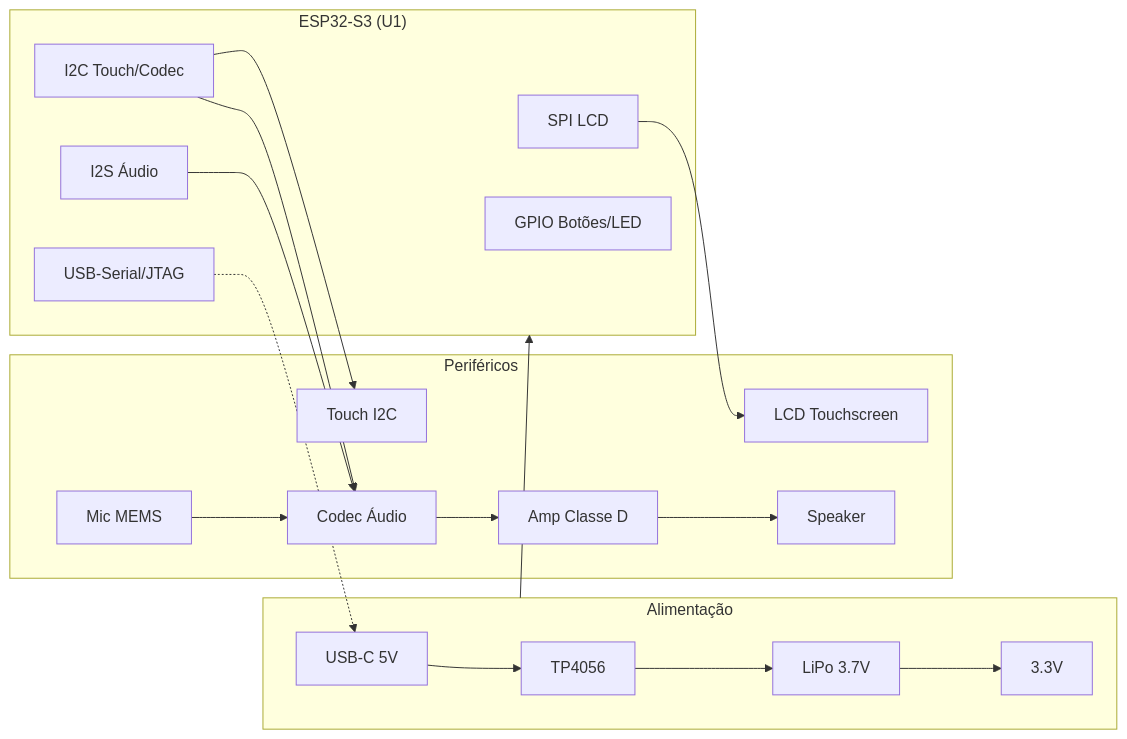
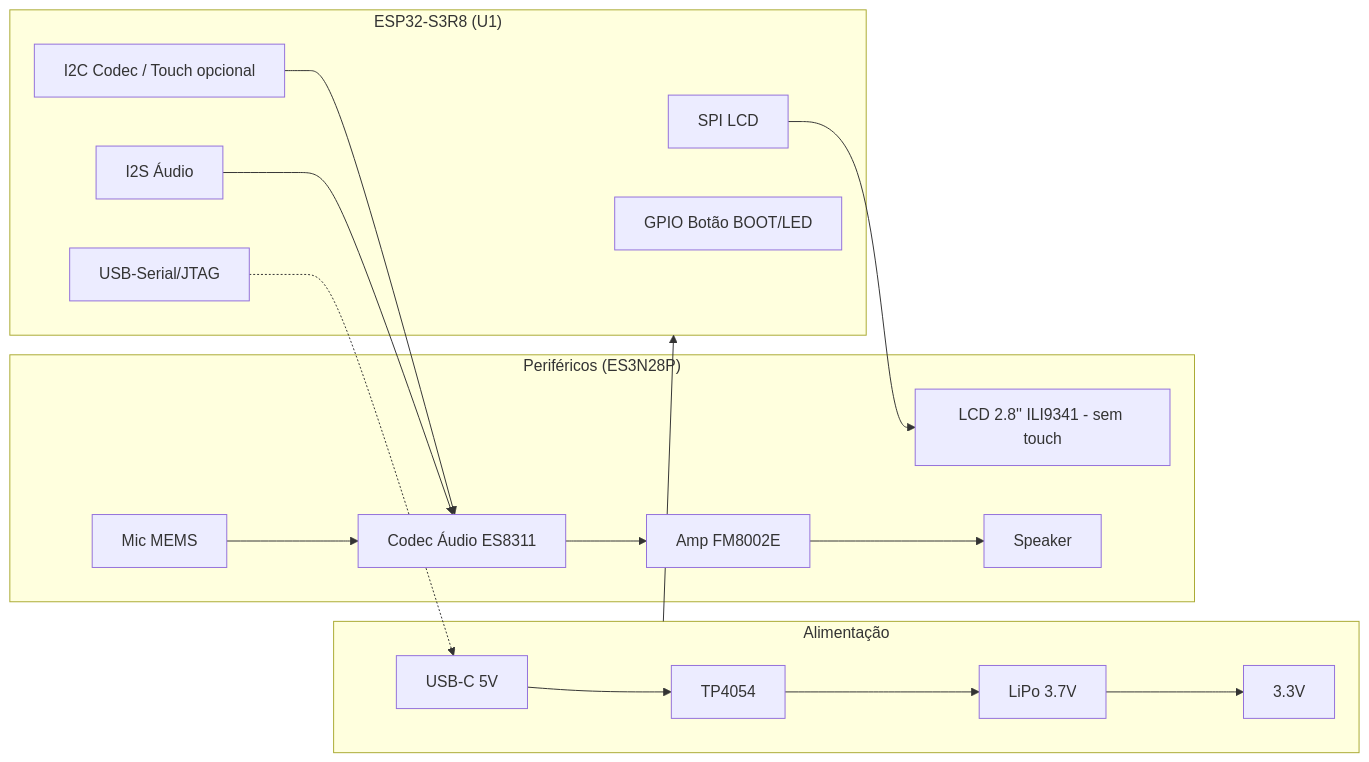
The diagram in docs/hardware.md (deopmdecastro/dcassistent), drawn with Mermaid before and after one commit. The commit also changed other lines of this file and 14 other files, not shown here.

````diff
--- a/docs/hardware.md
+++ b/docs/hardware.md
@@ -102,30 +117,28 @@
 ```mermaid
 flowchart LR
     subgraph ALIM["Alimentação"]
-        USB[USB-C 5V] --> CHG[TP4056] --> BAT[LiPo 3.7V] --> REG[3.3V]
+        USB[USB-C 5V] --> CHG[TP4054] --> BAT[LiPo 3.7V] --> REG[3.3V]
     end
 
-    subgraph ESP["ESP32-S3 (U1)"]
+    subgraph ESP["ESP32-S3R8 (U1)"]
         SPI[SPI LCD]
-        I2C[I2C Touch/Codec]
+        I2C[I2C Codec / Touch opcional]
         I2S[I2S Áudio]
-        GPIO[GPIO Botões/LED]
+        GPIO[GPIO Botão BOOT/LED]
         USB2[USB-Serial/JTAG]
     end
 
-    subgraph PERIF["Periféricos"]
-        LCD[LCD Touchscreen]
-        TOUCH[Touch I2C]
-        CODEC[Codec Áudio]
-        AMP[Amp Classe D] --> SPK[Speaker]
+    subgraph PERIF["Periféricos (ES3N28P)"]
+        LCD[LCD 2.8'' ILI9341 - sem touch]
+        CODEC[Codec Áudio ES8311]
+        AMP[Amp FM8002E] --> SPK[Speaker]
         MIC[Mic MEMS] --> CODEC
     end
 
     ALIM --> ESP
     SPI --> LCD
-    I2C --> TOUCH
     I2C --> CODEC
     I2S --> CODEC
     CODEC --> AMP
     USB2 -.-> USB
 ```
````
